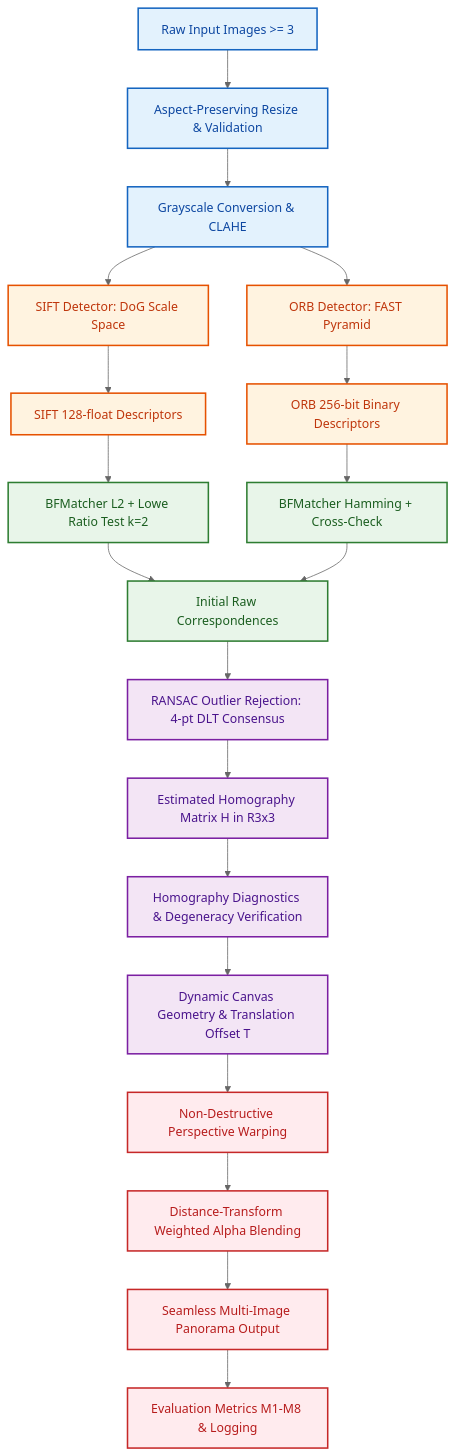
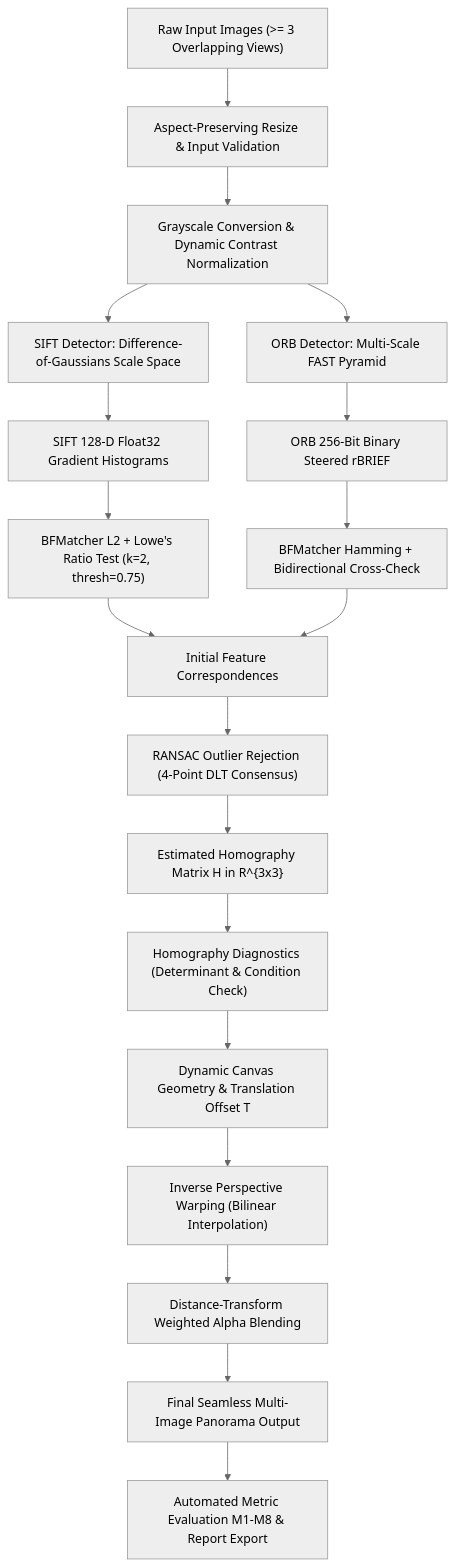
The first of 4 diagrams in README.md (mhiskall282/Feature-Based-Image-Matching-and-Automatic-Panorama-Construction-Problem), drawn with Mermaid (neutral theme) before and after one commit. The commit also changed other lines of this file and 12 other files, not shown here.

Commit message:
feat: high-contrast diagrams, polished UI, and cloud deployment configs for Vercel, Render, and Docker

````diff
--- a/README.md
+++ b/README.md
@@ -39,34 +43,28 @@
 ```mermaid
 graph TD
-    classDef input fill:#E3F2FD,stroke:#1565C0,stroke-width:2px,color:#0D47A1;
-    classDef feat fill:#FFF3E0,stroke:#E65100,stroke-width:2px,color:#BF360C;
-    classDef match fill:#E8F5E9,stroke:#2E7D32,stroke-width:2px,color:#1B5E20;
-    classDef geom fill:#F3E5F5,stroke:#7B1FA2,stroke-width:2px,color:#4A148C;
-    classDef output fill:#FFEBEE,stroke:#C62828,stroke-width:2px,color:#B71C1C;
-
-    A[Raw Input Images >= 3]:::input --> B[Aspect-Preserving Resize & Validation]:::input
-    B --> C[Grayscale Conversion & CLAHE]:::input
+    A["Raw Input Images (>= 3 Overlapping Views)"] --> B["Aspect-Preserving Resize & Input Validation"]
+    B --> C["Grayscale Conversion & Dynamic Contrast Normalization"]
     
-    C --> D1[SIFT Detector: DoG Scale Space]:::feat
-    C --> D2[ORB Detector: FAST Pyramid]:::feat
+    C --> D1["SIFT Detector: Difference-of-Gaussians Scale Space"]
+    C --> D2["ORB Detector: Multi-Scale FAST Pyramid"]
     
-    D1 --> E1[SIFT 128-float Descriptors]:::feat
-    D2 --> E2[ORB 256-bit Binary Descriptors]:::feat
+    D1 --> E1["SIFT 128-D Float32 Gradient Histograms"]
+    D2 --> E2["ORB 256-Bit Binary Steered rBRIEF"]
     
-    E1 --> F1[BFMatcher L2 + Lowe Ratio Test k=2]:::match
-    E2 --> F2[BFMatcher Hamming + Cross-Check]:::match
+    E1 --> F1["BFMatcher L2 + Lowe's Ratio Test (k=2, thresh=0.75)"]
+    E2 --> F2["BFMatcher Hamming + Bidirectional Cross-Check"]
     
-    F1 --> G[Initial Raw Correspondences]:::match
+    F1 --> G["Initial Feature Correspondences"]
     F2 --> G
     
-    G --> H[RANSAC Outlier Rejection: 4-pt DLT Consensus]:::geom
-    H --> I[Estimated Homography Matrix H in R3x3]:::geom
+    G --> H["RANSAC Outlier Rejection (4-Point DLT Consensus)"]
+    H --> I["Estimated Homography Matrix H in R^{3x3}"]
     
-    I --> J[Homography Diagnostics & Degeneracy Verification]:::geom
-    J --> K[Dynamic Canvas Geometry & Translation Offset T]:::geom
+    I --> J["Homography Diagnostics (Determinant & Condition Check)"]
+    J --> K["Dynamic Canvas Geometry & Translation Offset T"]
     
-    K --> L[Non-Destructive Perspective Warping]:::output
-    L --> M[Distance-Transform Weighted Alpha Blending]:::output
-    M --> N[Seamless Multi-Image Panorama Output]:::output
-    N --> O[Evaluation Metrics M1-M8 & Logging]:::output
+    K --> L["Inverse Perspective Warping (Bilinear Interpolation)"]
+    L --> M["Distance-Transform Weighted Alpha Blending"]
+    M --> N["Final Seamless Multi-Image Panorama Output"]
+    N --> O["Automated Metric Evaluation M1-M8 & Report Export"]
 ```
````
